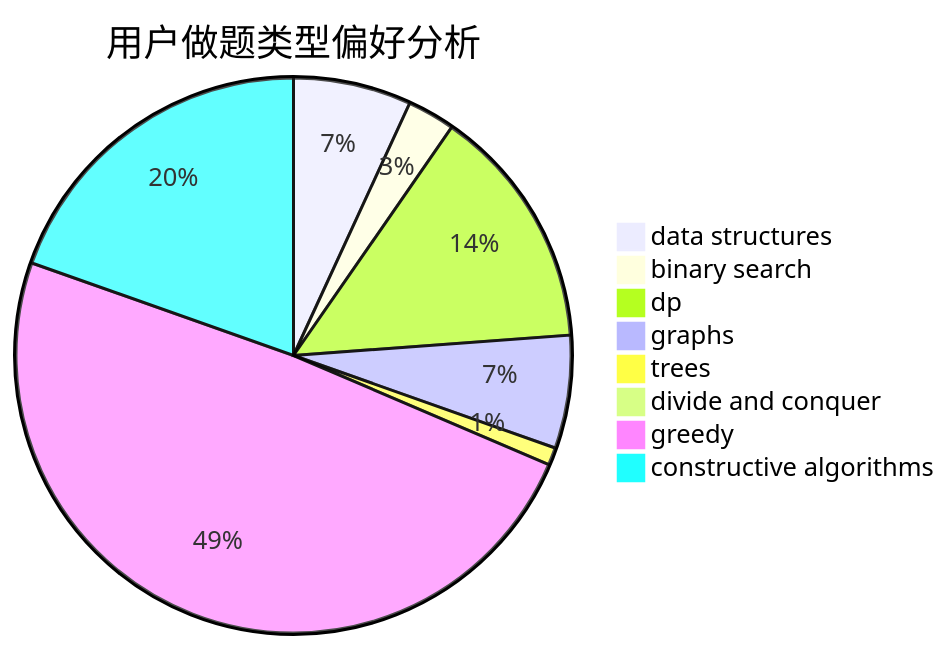
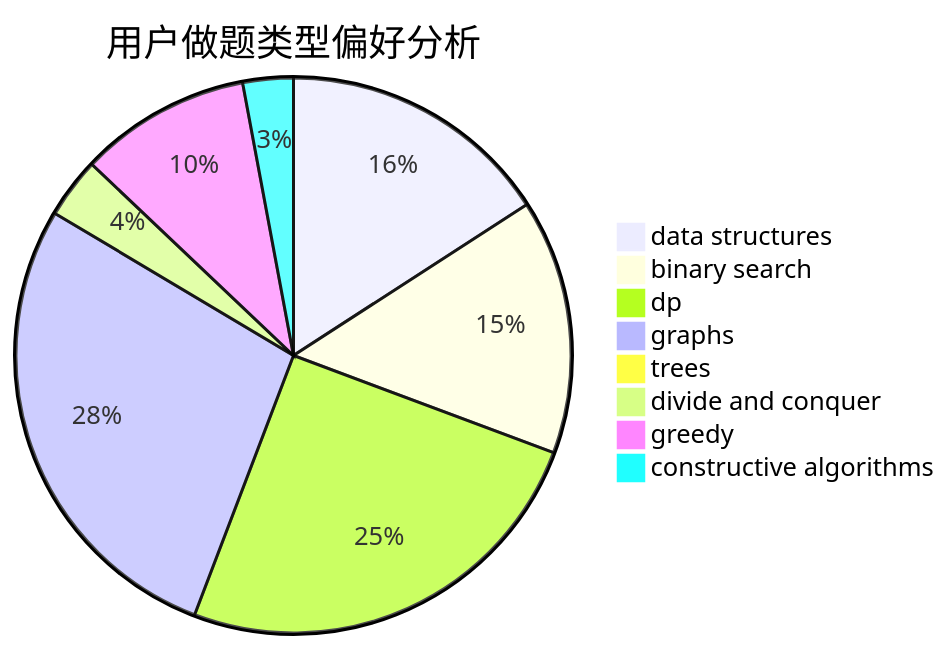
Before and after one commit to sherpahu/cfrs.github.io: the second of 3 diagrams in docs/user/u1606.md, drawn with Mermaid. The commit also changed other lines of this file and 2770 other files, not shown here.

````diff
--- a/docs/user/u1606.md
+++ b/docs/user/u1606.md
@@ -23,11 +23,11 @@
 ```mermaid
 pie title 用户做题类型偏好分析
-    "data structures" :  47
-    "binary search" :  19
-    "dp" :  97
-    "graphs" :  45
-    "trees" :  7
-    "divide and conquer" :  0
-    "greedy" :  335
-    "constructive algorithms" :  134
+    "data structures" :  108
+    "binary search" :  101
+    "dp" :  171
+    "graphs" :  189
+    "trees" :  0
+    "divide and conquer" :  24
+    "greedy" :  68
+    "constructive algorithms" :  20
 ```
````
